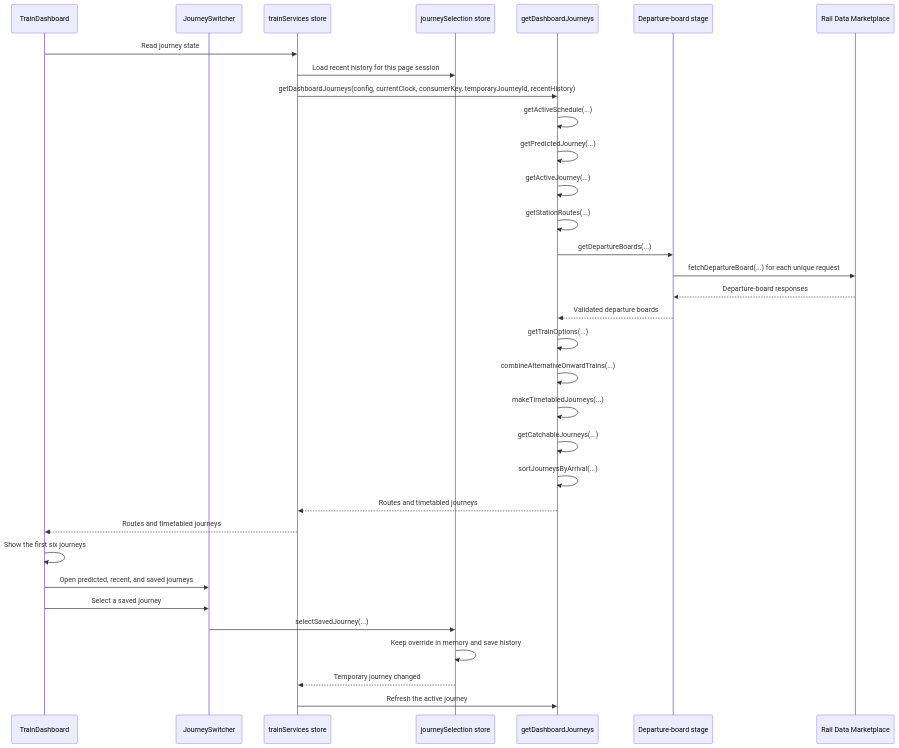
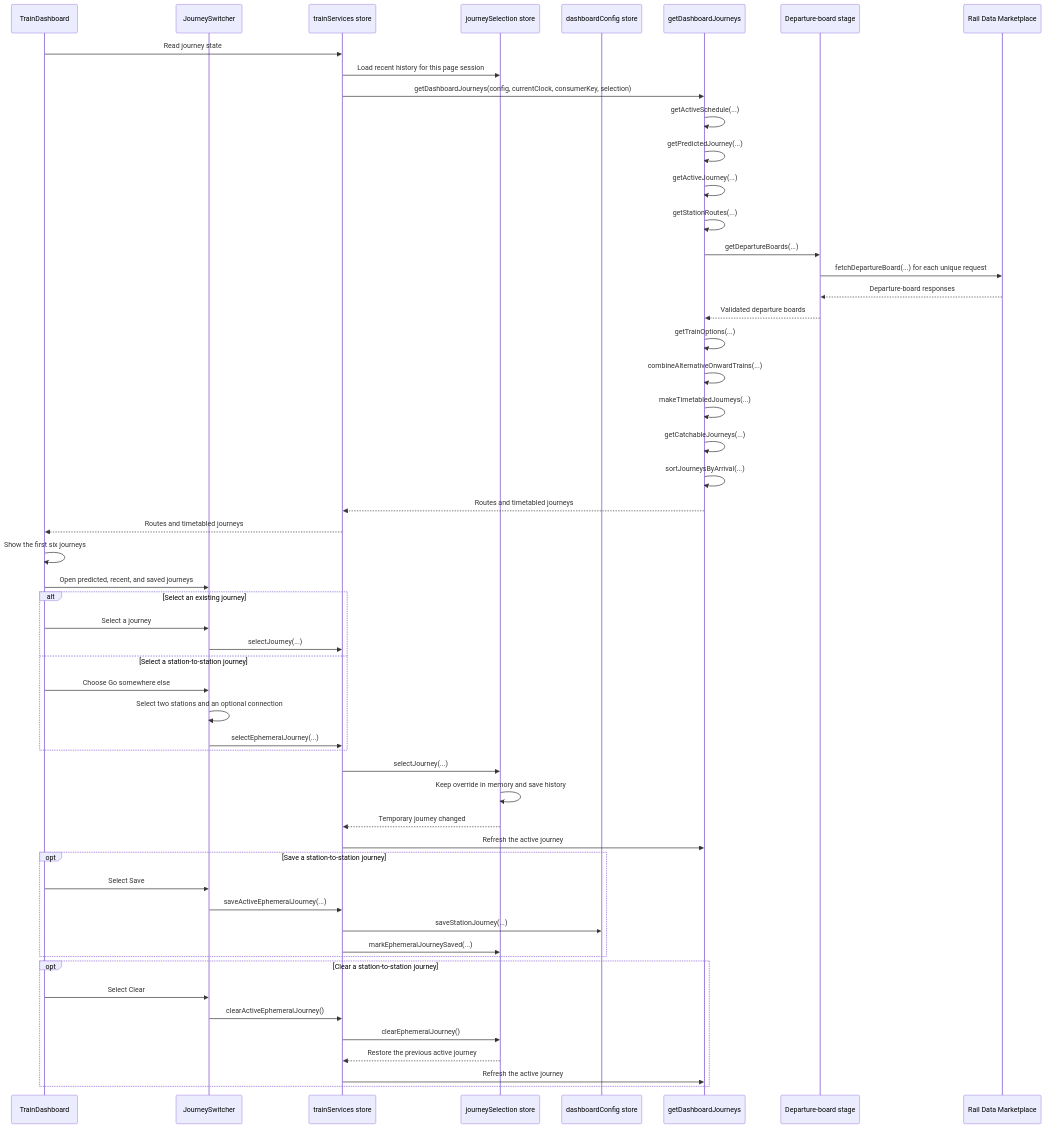
Before and after one commit to nd9600/trainDashboard: the first of 2 diagrams in docs/journey-planning.md, drawn with Mermaid. The commit also changed other lines of this file and 24 other files, not shown here.

Commit message:
working on ephemeral journeys

````diff
--- a/docs/journey-planning.md
+++ b/docs/journey-planning.md
@@ -37,37 +37,60 @@
 ```mermaid
 sequenceDiagram
     participant UI as TrainDashboard
     participant Switcher as JourneySwitcher
     participant Store as trainServices store
     participant Selection as journeySelection store
+    participant Config as dashboardConfig store
     participant Pipeline as getDashboardJourneys
     participant Boards as Departure-board stage
     participant API as Rail Data Marketplace
 
     UI->>Store: Read journey state
     Store->>Selection: Load recent history for this page session
-    Store->>Pipeline: getDashboardJourneys(config, currentClock, consumerKey, temporaryJourneyId, recentHistory)
+    Store->>Pipeline: getDashboardJourneys(config, currentClock, consumerKey, selection)
     Pipeline->>Pipeline: getActiveSchedule(...)
     Pipeline->>Pipeline: getPredictedJourney(...)
     Pipeline->>Pipeline: getActiveJourney(...)
     Pipeline->>Pipeline: getStationRoutes(...)
     Pipeline->>Boards: getDepartureBoards(...)
     Boards->>API: fetchDepartureBoard(...) for each unique request
     API-->>Boards: Departure-board responses
     Boards-->>Pipeline: Validated departure boards
     Pipeline->>Pipeline: getTrainOptions(...)
     Pipeline->>Pipeline: combineAlternativeOnwardTrains(...)
     Pipeline->>Pipeline: makeTimetabledJourneys(...)
     Pipeline->>Pipeline: getCatchableJourneys(...)
     Pipeline->>Pipeline: sortJourneysByArrival(...)
     Pipeline-->>Store: Routes and timetabled journeys
     Store-->>UI: Routes and timetabled journeys
     UI->>UI: Show the first six journeys
 
     UI->>Switcher: Open predicted, recent, and saved journeys
-    UI->>Switcher: Select a saved journey
-    Switcher->>Selection: selectSavedJourney(...)
+    alt Select an existing journey
+        UI->>Switcher: Select a journey
+        Switcher->>Store: selectJourney(...)
+    else Select a station-to-station journey
+        UI->>Switcher: Choose Go somewhere else
+        Switcher->>Switcher: Select two stations and an optional connection
+        Switcher->>Store: selectEphemeralJourney(...)
+    end
+    Store->>Selection: selectJourney(...)
     Selection->>Selection: Keep override in memory and save history
     Selection-->>Store: Temporary journey changed
     Store->>Pipeline: Refresh the active journey
+
+    opt Save a station-to-station journey
+        UI->>Switcher: Select Save
+        Switcher->>Store: saveActiveEphemeralJourney(...)
+        Store->>Config: saveStationJourney(...)
+        Store->>Selection: markEphemeralJourneySaved(...)
+    end
+
+    opt Clear a station-to-station journey
+        UI->>Switcher: Select Clear
+        Switcher->>Store: clearActiveEphemeralJourney()
+        Store->>Selection: clearEphemeralJourney()
+        Selection-->>Store: Restore the previous active journey
+        Store->>Pipeline: Refresh the active journey
+    end
 ```
````
